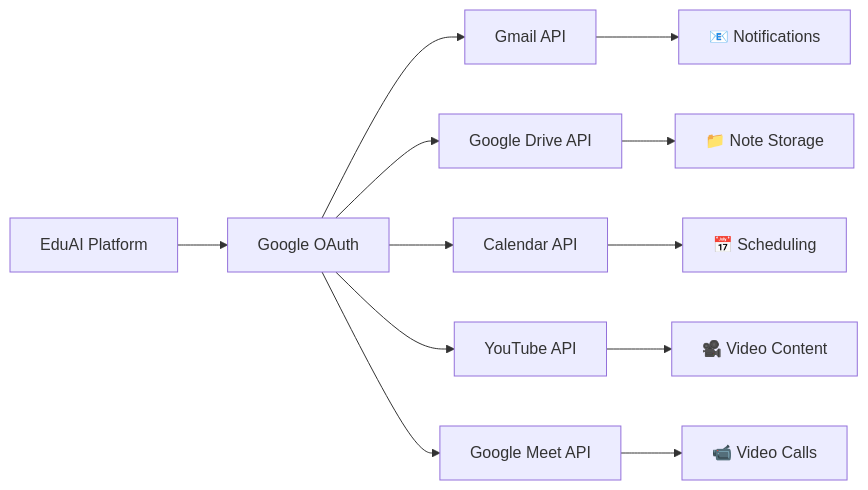
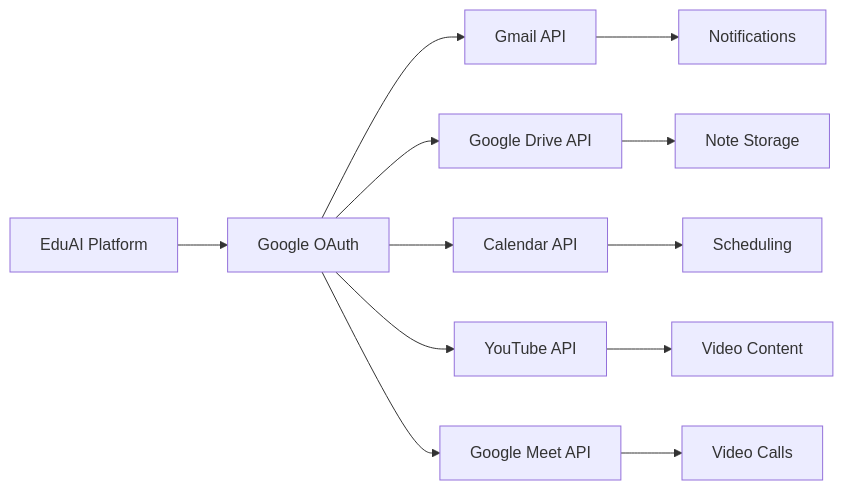
The fifth of 13 diagrams in README.md (abhiabhi150614/learning-recruiter-platform), drawn with Mermaid before and after one commit. The commit also changed other lines of this file, not shown here.

````diff
--- a/README.md
+++ b/README.md
@@ -152,15 +153,15 @@
 ```mermaid
 graph LR
     A[EduAI Platform] --> B[Google OAuth]
     B --> C[Gmail API]
     B --> D[Google Drive API]
     B --> E[Calendar API]
     B --> F[YouTube API]
     B --> G[Google Meet API]
     
-    C --> H[📧 Notifications]
-    D --> I[📁 Note Storage]
-    E --> J[📅 Scheduling]
-    F --> K[🎥 Video Content]
-    G --> L[📹 Video Calls]
+    C --> H[Notifications]
+    D --> I[Note Storage]
+    E --> J[Scheduling]
+    F --> K[Video Content]
+    G --> L[Video Calls]
 ```
````
